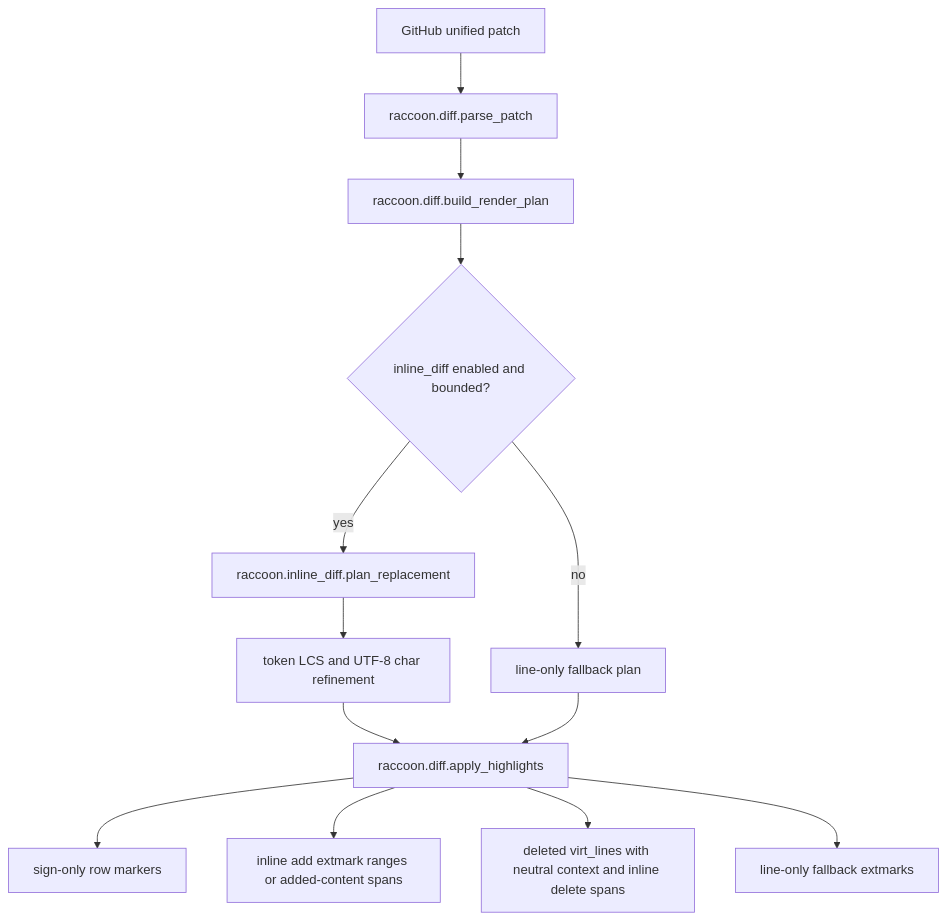
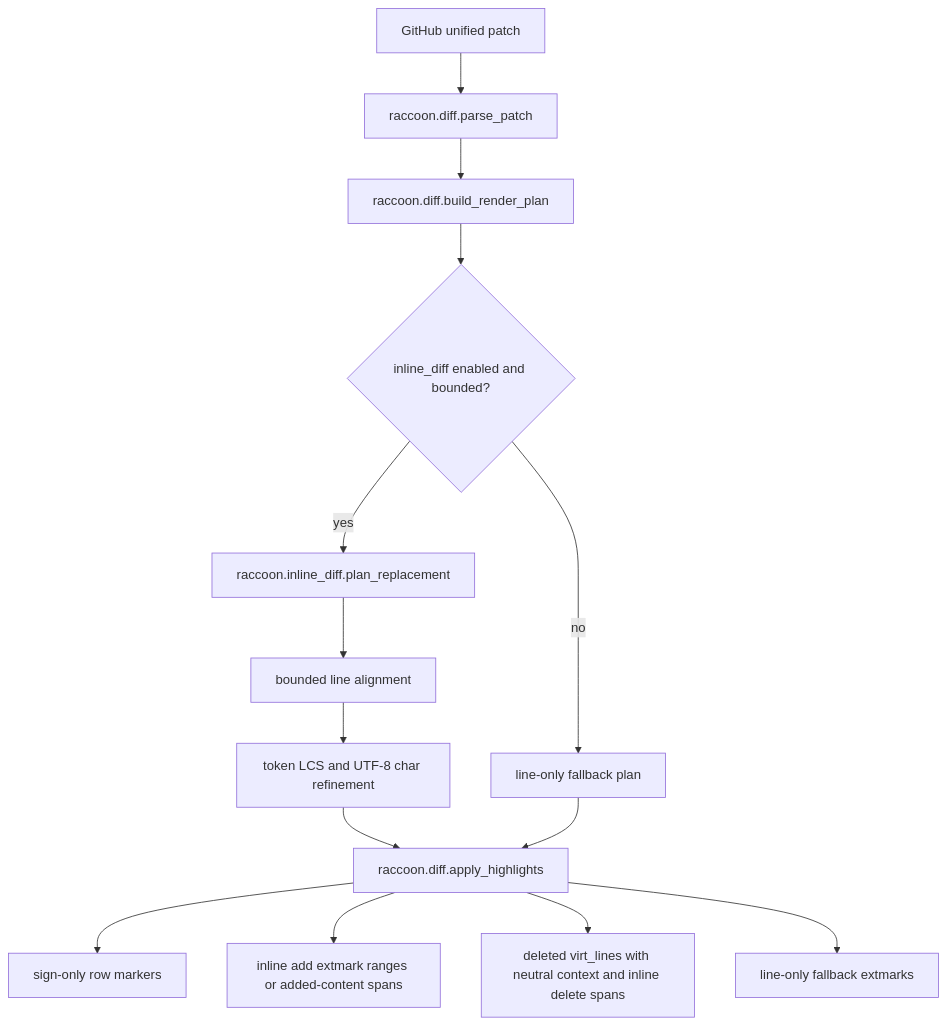
One commit to bajor/nvim-raccoon changed the diagram in ARCHITECTURE_DIFF.md. Above: the diagram before and after it, drawn with Mermaid. The commit also changed other lines of this file and 2 other files, not shown here.

Commit message:
fix: align shifted inline diff lines
Use bounded line alignment before character diffing so multi-line replacement blocks still get exact inline spans when added or removed rows shift similar lines out of index alignment.

Validation:
- nvim --headless -u tests/minimal_init.lua -c "PlenaryBustedFile tests/inline_diff_spec.lua" -c qa
- make test
- make lint
- git diff --check

````diff
--- a/ARCHITECTURE_DIFF.md
+++ b/ARCHITECTURE_DIFF.md
@@ -9,15 +9,16 @@
 ```mermaid
 flowchart TD
     A[GitHub unified patch] --> B[raccoon.diff.parse_patch]
     B --> C[raccoon.diff.build_render_plan]
     C --> D{inline_diff enabled and bounded?}
     D -->|yes| E[raccoon.inline_diff.plan_replacement]
-    E --> F[token LCS and UTF-8 char refinement]
-    D -->|no| G[line-only fallback plan]
-    F --> H[raccoon.diff.apply_highlights]
-    G --> H
-    H --> I[sign-only row markers]
-    H --> J[inline add extmark ranges or added-content spans]
-    H --> K[deleted virt_lines with neutral context and inline delete spans]
-    H --> L[line-only fallback extmarks]
+    E --> F[bounded line alignment]
+    F --> G[token LCS and UTF-8 char refinement]
+    D -->|no| H[line-only fallback plan]
+    G --> I[raccoon.diff.apply_highlights]
+    H --> I
+    I --> J[sign-only row markers]
+    I --> K[inline add extmark ranges or added-content spans]
+    I --> L[deleted virt_lines with neutral context and inline delete spans]
+    I --> M[line-only fallback extmarks]
 ```
````
